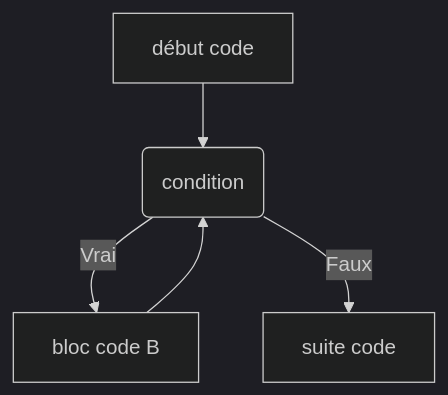
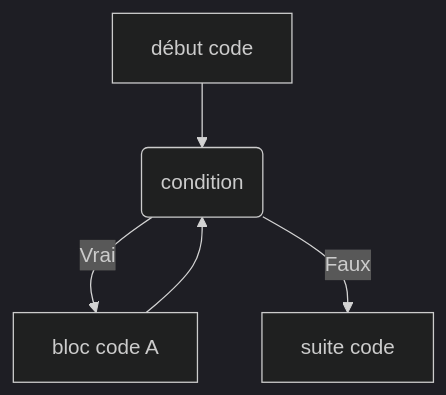
The diagram in docs/python3.md (Lisra-git/MergeCommitMkDocs42), drawn with Mermaid (dark theme) before and after one commit. The commit also changed other lines of this file and 4 other files, not shown here.

````diff
--- a/docs/python3.md
+++ b/docs/python3.md
@@ -28,7 +119,7 @@
-    ```mermaid
-    graph TD;
-    A[début code]-->p("condition");
-    p-->|Vrai|B[bloc code B]-->p;
-    p-->|Faux|C[suite code];
-    class p if;
-    ```
+        ```mermaid
+        graph TD;
+        A[début code]-->p("condition");
+        p-->|Vrai|B[bloc code A]-->p;
+        p-->|Faux|C[suite code];
+        class p if;
+        ```
````
